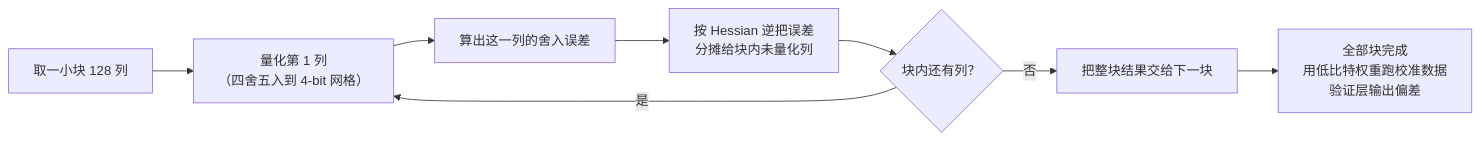
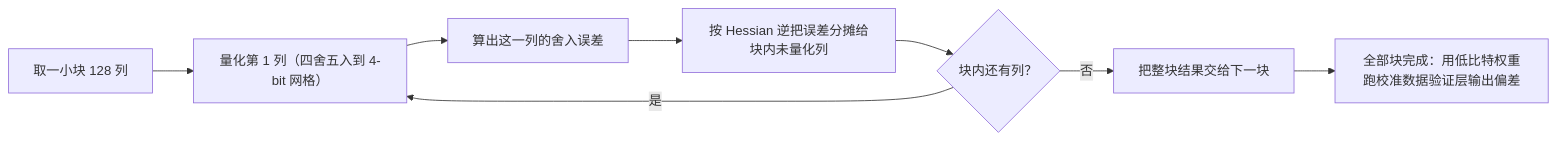
One commit to xhongduo-tech/xhongduo-tech.github.io changed the second of 2 diagrams in docs/llm/frantar-gptq.md. Above: the diagram before and after it, drawn with Mermaid. The commit also changed other lines of this file and 2 other files, not shown here.

Commit message:
Enhance 100+ more articles with second diagrams and beginner marginnotes.
Cumulative: 800+ of 5950 articles enhanced with 2+ mermaid diagrams
and 3+ beginner-friendly marginnotes.

````diff
--- a/docs/llm/frantar-gptq.md
+++ b/docs/llm/frantar-gptq.md
@@ -54,10 +54,10 @@
 ```mermaid
 flowchart LR
-  A["取一小块 128 列"] --> B["量化第 1 列\n（四舍五入到 4-bit 网格）"]
+  A["取一小块 128 列"] --> B["量化第 1 列（四舍五入到 4-bit 网格）"]
   B --> C["算出这一列的舍入误差"]
-  C --> D["按 Hessian 逆把误差\n分摊给块内未量化列"]
+  C --> D["按 Hessian 逆把误差分摊给块内未量化列"]
   D --> E{"块内还有列？"}
   E -- "是" --> B
   E -- "否" --> F["把整块结果交给下一块"]
-  F --> G["全部块完成\n用低比特权重跑校准数据\n验证层输出偏差"]
+  F --> G["全部块完成：用低比特权重跑校准数据验证层输出偏差"]
 ```
````
